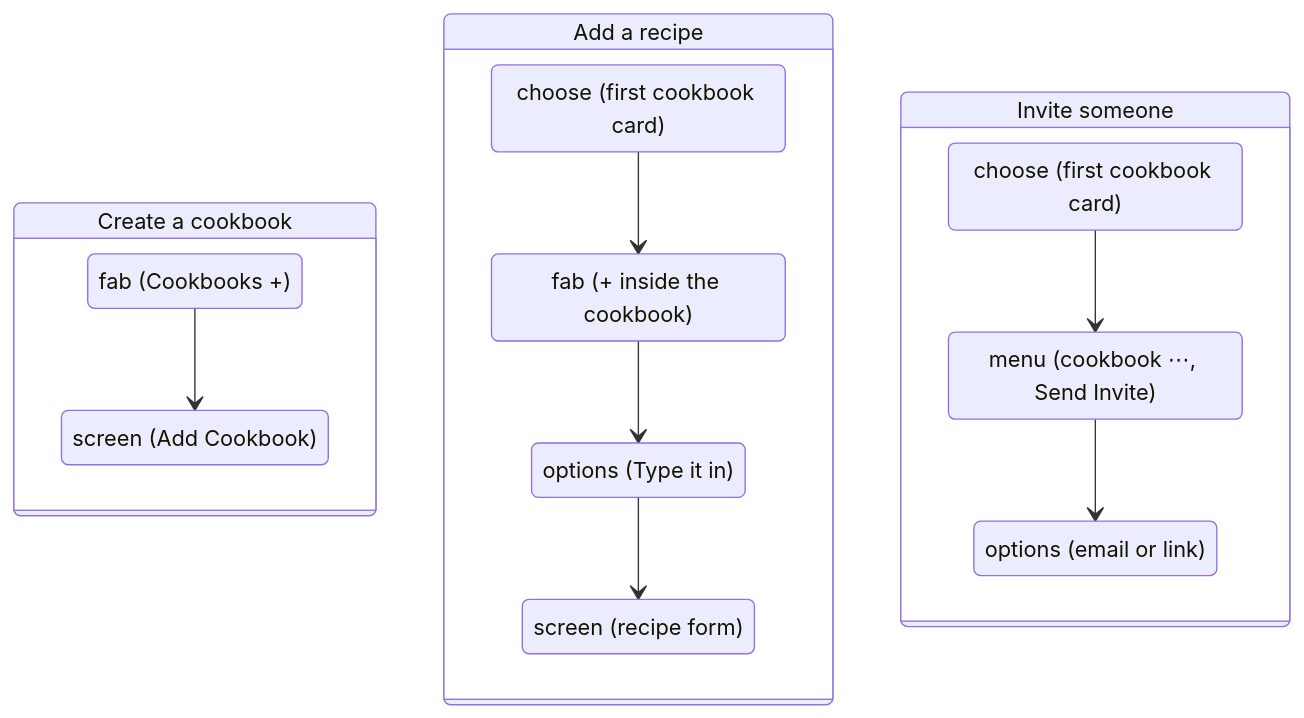
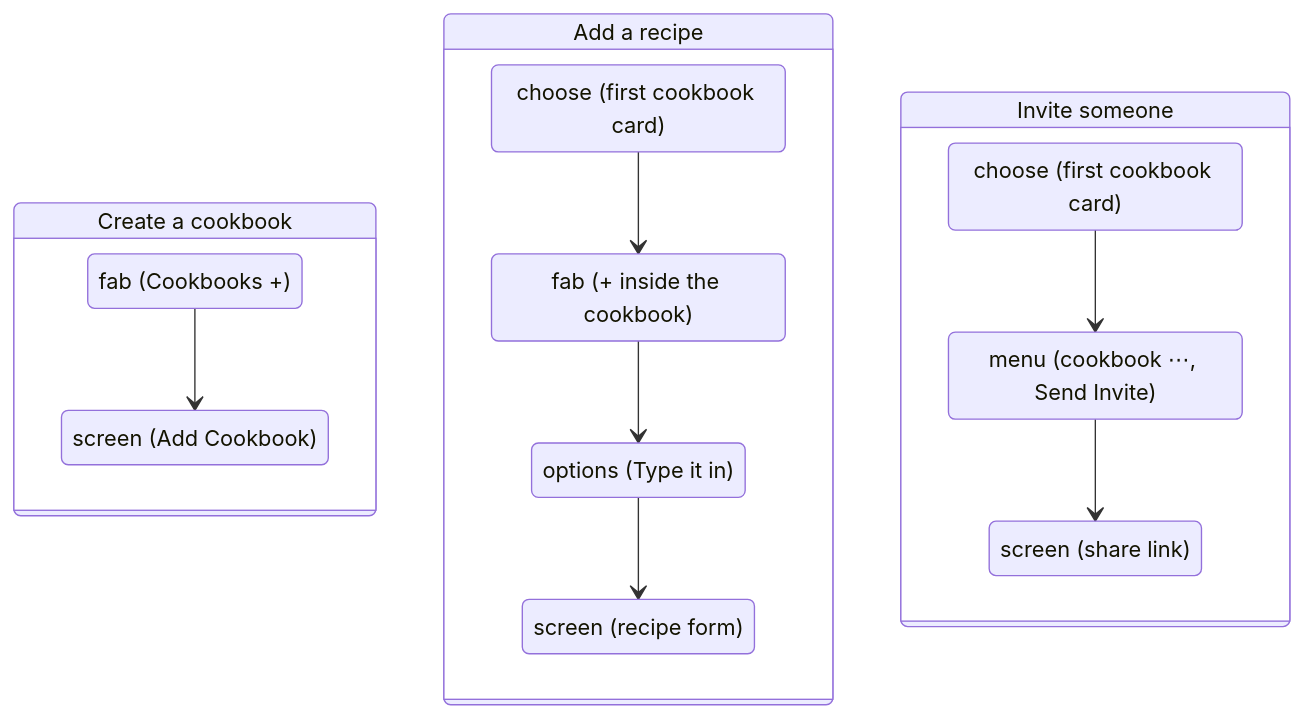
One commit to bretthoes/cookbook-mobile changed the diagram in docs/features/getting-started-tour.md. Above: the diagram before and after it, drawn with Mermaid. The commit also changed other lines of this file and 35 other files, not shown here.

````diff
--- a/docs/features/getting-started-tour.md
+++ b/docs/features/getting-started-tour.md
@@ -57,24 +57,24 @@
 ```mermaid
 stateDiagram-v2
     state "Create a cookbook" as cookbook {
         c_fab : fab (Cookbooks +)
         c_screen : screen (Add Cookbook)
         c_fab --> c_screen
     }
     state "Add a recipe" as recipe {
         r_choose : choose (first cookbook card)
         r_fab : fab (+ inside the cookbook)
         r_options : options (Type it in)
         r_screen : screen (recipe form)
         r_choose --> r_fab
         r_fab --> r_options
         r_options --> r_screen
     }
     state "Invite someone" as invite {
         i_choose : choose (first cookbook card)
         i_menu : menu (cookbook ⋯, Send Invite)
-        i_options : options (email or link)
+        i_screen : screen (share link)
         i_choose --> i_menu
-        i_menu --> i_options
+        i_menu --> i_screen
     }
 ```
````
